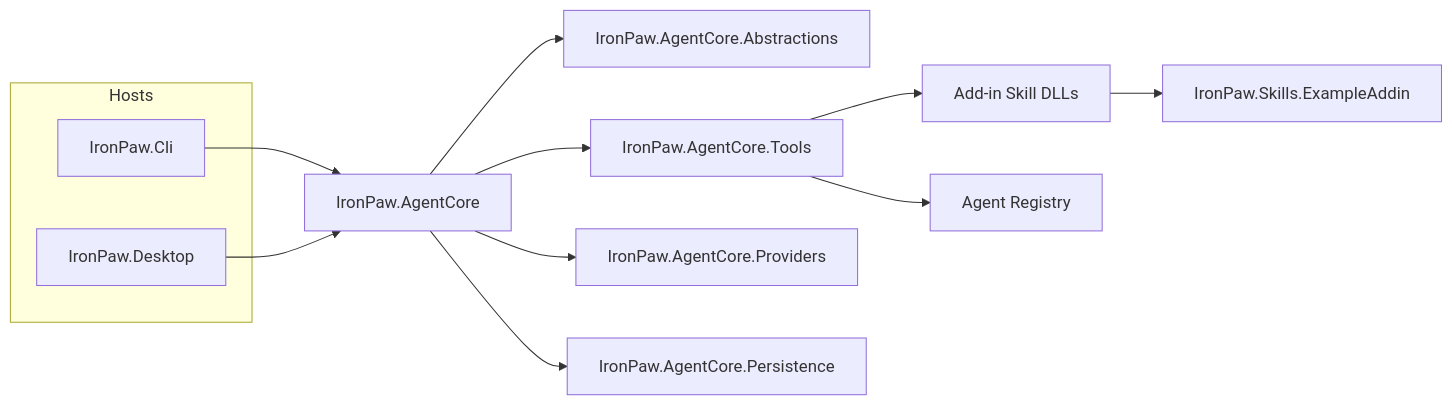
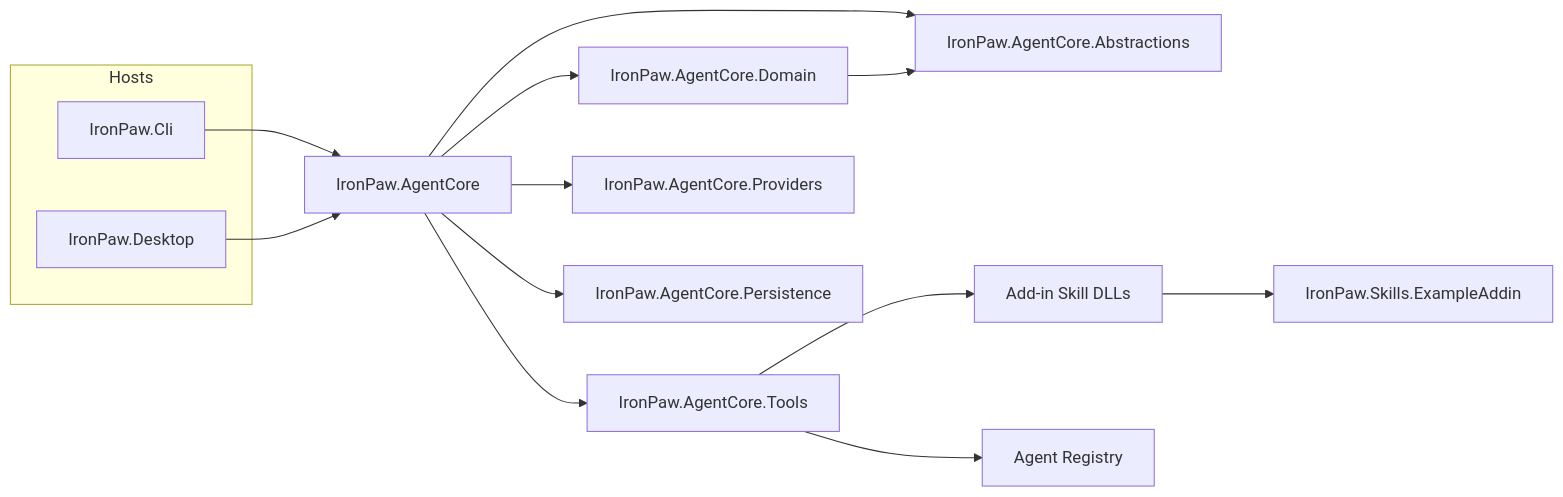
Before and after one commit to MaxAkbar/IronPaw: the first of 2 diagrams in README.md, drawn with Mermaid. The commit also changed other lines of this file and 110 other files, not shown here.

First line of the commit message:
Add verified task graphs and configurable evaluation campaigns

````diff
--- a/README.md
+++ b/README.md
@@ -16,19 +17,21 @@
 ```mermaid
 flowchart LR
   subgraph Hosts
     CLI[IronPaw.Cli]
     Desktop[IronPaw.Desktop]
   end
 
   CLI --> Core[IronPaw.AgentCore]
   Desktop --> Core
 
   Core --> Abstractions[IronPaw.AgentCore.Abstractions]
+  Core --> Domain[IronPaw.AgentCore.Domain]
+  Domain --> Abstractions
   Core --> Tools[IronPaw.AgentCore.Tools]
   Core --> Providers[IronPaw.AgentCore.Providers]
   Core --> Persistence[IronPaw.AgentCore.Persistence]
 
   Tools --> Addins[Add-in Skill DLLs]
   Tools --> AgentReg[Agent Registry]
   Addins --> ExampleAddin[IronPaw.Skills.ExampleAddin]
 ```
````
